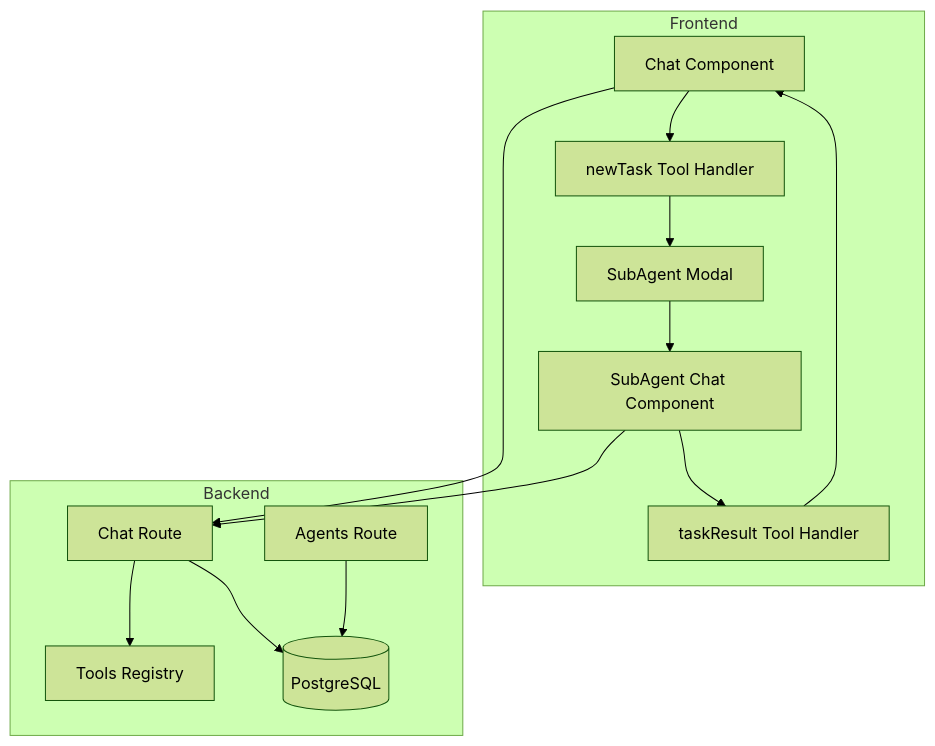
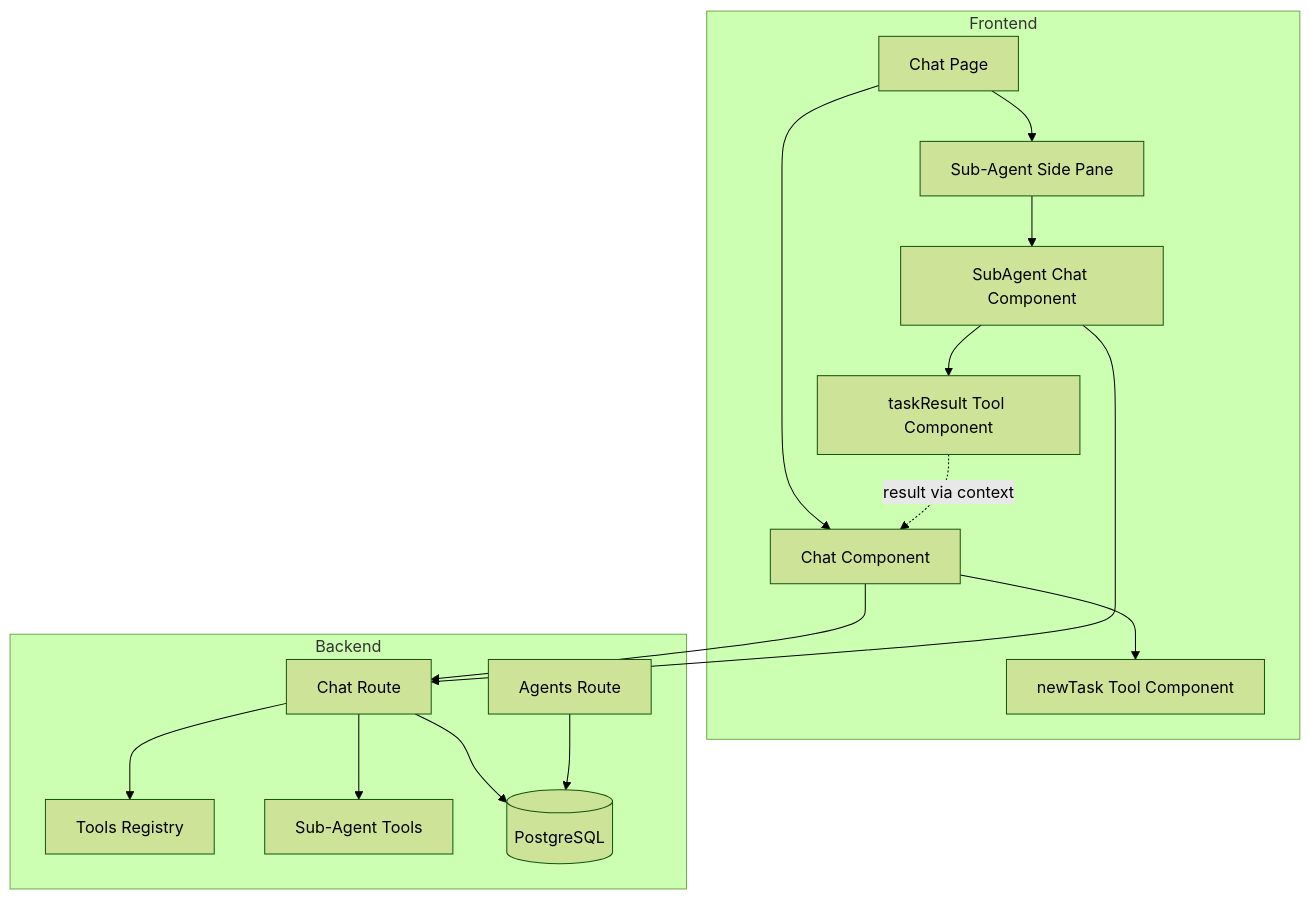
The second of 2 diagrams in plans/sub-agents-feature.md (willdady/platypus), drawn with Mermaid (forest theme) before and after one commit. The commit also changed other lines of this file and 20 other files, not shown here.

Commit message:
chore: updated sub-agent plan

````diff
--- a/plans/sub-agents-feature.md
+++ b/plans/sub-agents-feature.md
@@ -51,29 +51,33 @@
 ```mermaid
 graph TB
     subgraph Frontend
+        ChatPage[Chat Page]
         Chat[Chat Component]
-        SubAgentModal[SubAgent Modal]
+        SidePane[Sub-Agent Side Pane]
         SubAgentChat[SubAgent Chat Component]
-        NewTaskTool[newTask Tool Handler]
-        TaskResultTool[taskResult Tool Handler]
+        NewTaskTool[newTask Tool Component]
+        TaskResultTool[taskResult Tool Component]
     end
 
     subgraph Backend
         ChatRoute[Chat Route]
         AgentRoute[Agents Route]
         Tools[Tools Registry]
+        SubAgentTools[Sub-Agent Tools]
         DB[(PostgreSQL)]
     end
 
+    ChatPage --> Chat
+    ChatPage --> SidePane
+    SidePane --> SubAgentChat
     Chat --> NewTaskTool
-    NewTaskTool --> SubAgentModal
-    SubAgentModal --> SubAgentChat
     SubAgentChat --> TaskResultTool
-    TaskResultTool --> Chat
-    
+    TaskResultTool -.->|result via context| Chat
+
     Chat --> ChatRoute
     SubAgentChat --> ChatRoute
     ChatRoute --> Tools
+    ChatRoute --> SubAgentTools
     ChatRoute --> DB
     AgentRoute --> DB
 ```
````
